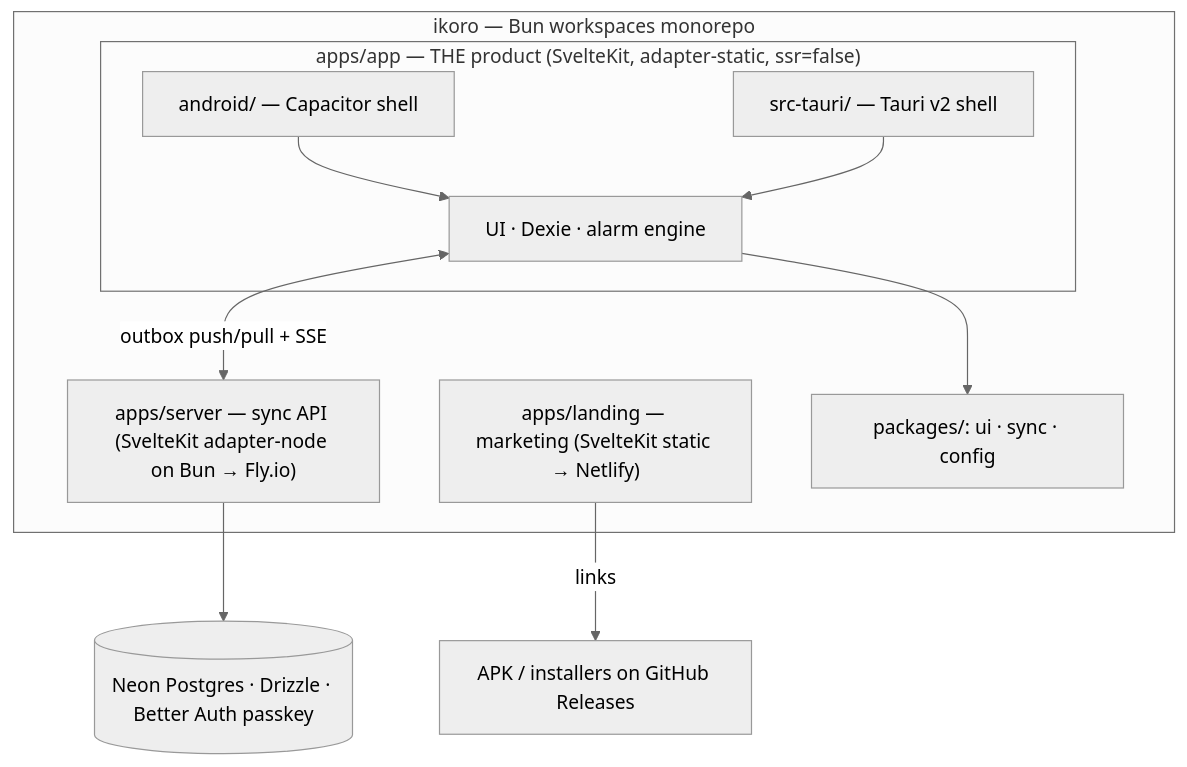
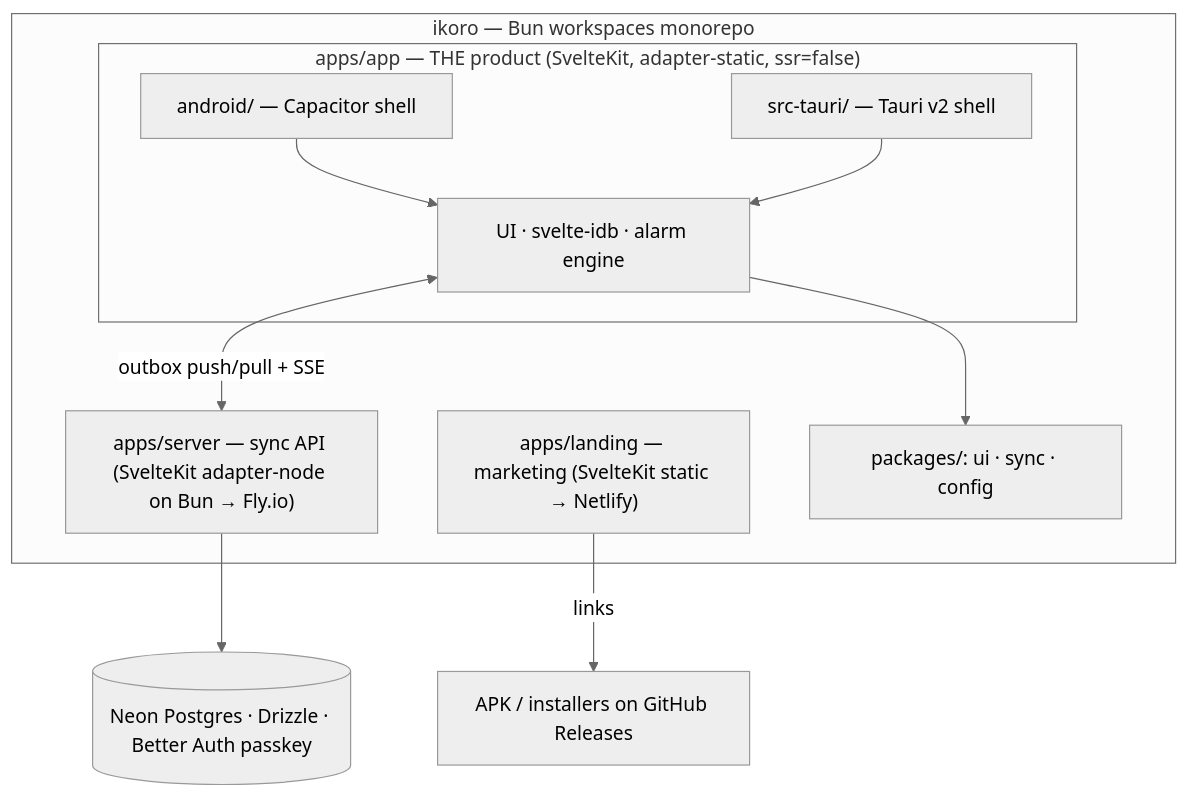
One commit to Michael-Obele/Ikoro changed the diagram in docs/design/architecture.md. Above: the diagram before and after it, drawn with Mermaid (neutral theme). The commit also changed other lines of this file and 30 other files, not shown here.

First line of the commit message:
refactor: dogfood svelte-idb instead of Dexie (D23)

````diff
--- a/docs/design/architecture.md
+++ b/docs/design/architecture.md
@@ -12,19 +12,19 @@
 ```mermaid
 flowchart TB
   subgraph repo["ikoro — Bun workspaces monorepo"]
     subgraph app["apps/app — THE product (SvelteKit, adapter-static, ssr=false)"]
-      UI[UI · Dexie · alarm engine]
+      UI[UI · svelte-idb · alarm engine]
       CAP["android/ — Capacitor shell"]
       TAU["src-tauri/ — Tauri v2 shell"]
     end
     LAND["apps/landing — marketing (SvelteKit static → Netlify)"]
     SRV["apps/server — sync API (SvelteKit adapter-node on Bun → Fly.io)"]
     PKG["packages/: ui · sync · config"]
   end
   UI --> PKG
   CAP --> UI
   TAU --> UI
   LAND -->|"links"| DL["APK / installers on GitHub Releases"]
   SRV --> DB[(Neon Postgres · Drizzle · Better Auth passkey)]
   UI <-- "outbox push/pull + SSE" --> SRV
 ```
````
